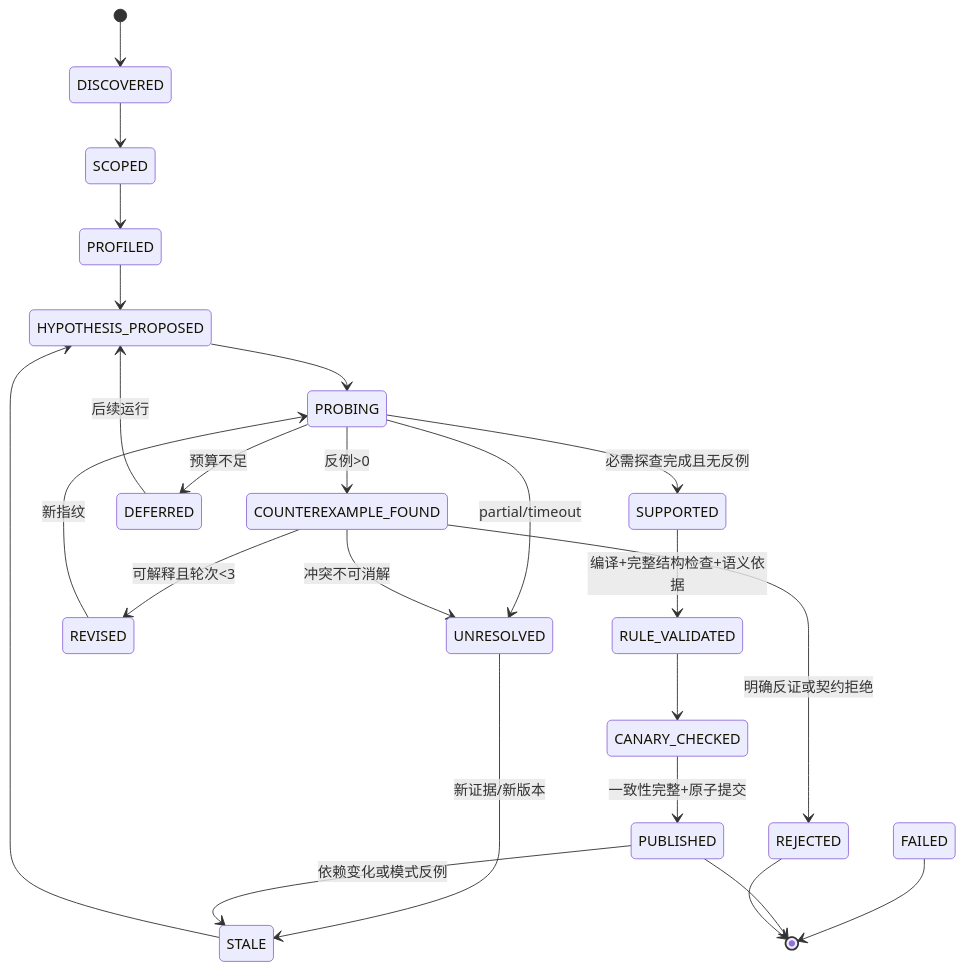
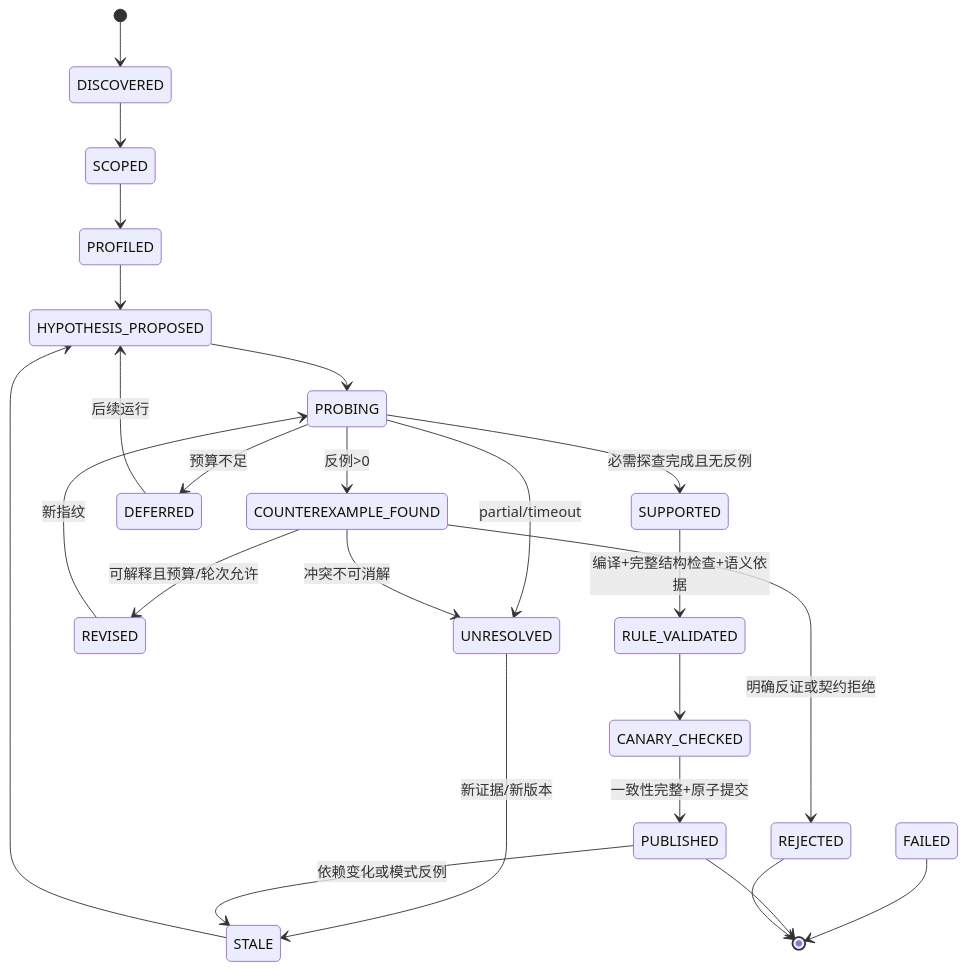
The second of 3 diagrams in design/lightweight_graph/DISCOVERY_WORKFLOW.md (zhangtianhong-1998/data-graph), drawn with Mermaid before and after one commit. The commit also changed other lines of this file and 83 other files, not shown here.

Commit message:
实现目标驱动迭代构图并修复语义与发布流程

````diff
--- a/design/lightweight_graph/DISCOVERY_WORKFLOW.md
+++ b/design/lightweight_graph/DISCOVERY_WORKFLOW.md
@@ -822,26 +838,26 @@
 ```mermaid
 stateDiagram-v2
   [*] --> DISCOVERED
   DISCOVERED --> SCOPED
   SCOPED --> PROFILED
   PROFILED --> HYPOTHESIS_PROPOSED
   HYPOTHESIS_PROPOSED --> PROBING
   PROBING --> SUPPORTED: 必需探查完成且无反例
   PROBING --> COUNTEREXAMPLE_FOUND: 反例>0
   PROBING --> UNRESOLVED: partial/timeout
   PROBING --> DEFERRED: 预算不足
-  COUNTEREXAMPLE_FOUND --> REVISED: 可解释且轮次<3
+  COUNTEREXAMPLE_FOUND --> REVISED: 可解释且预算/轮次允许
   COUNTEREXAMPLE_FOUND --> UNRESOLVED: 冲突不可消解
   COUNTEREXAMPLE_FOUND --> REJECTED: 明确反证或契约拒绝
   REVISED --> PROBING: 新指纹
   SUPPORTED --> RULE_VALIDATED: 编译+完整结构检查+语义依据
   RULE_VALIDATED --> CANARY_CHECKED
   CANARY_CHECKED --> PUBLISHED: 一致性完整+原子提交
   UNRESOLVED --> STALE: 新证据/新版本
   PUBLISHED --> STALE: 依赖变化或模式反例
   STALE --> HYPOTHESIS_PROPOSED
   DEFERRED --> HYPOTHESIS_PROPOSED: 后续运行
   FAILED --> [*]
   PUBLISHED --> [*]
   REJECTED --> [*]
 ```
````
